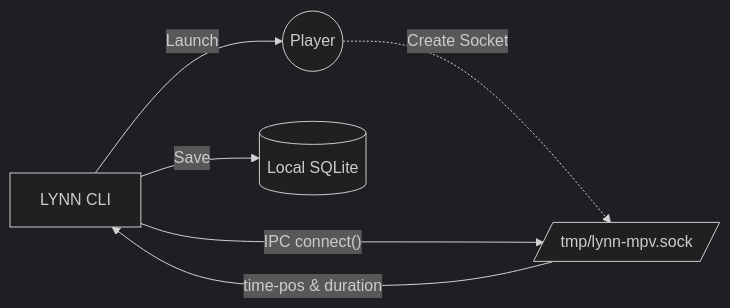
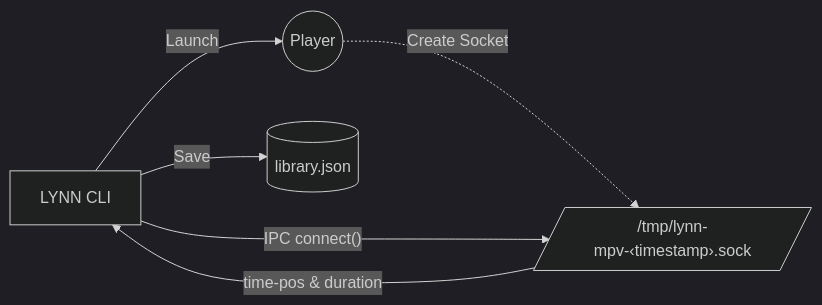
The fifth of 9 diagrams in README.md (LynnT-2003/lynn-cli), drawn with Mermaid (dark theme) before and after one commit. The commit also changed other lines of this file, not shown here.

First line of the commit message:
docs: document cast-to-phone architecture

````diff
--- a/README.md
+++ b/README.md
@@ -374,8 +377,8 @@
 ```mermaid
 flowchart LR
     A[LYNN CLI] -- "Launch" --> B((Player))
-    B -. "Create Socket" .-> C[/tmp/lynn-mpv.sock/]
+    B -. "Create Socket" .-> C[/"/tmp/lynn-mpv-‹timestamp›.sock"/]
     A -- "IPC connect()" --> C
     C -- "time-pos & duration" --> A
-    A -- "Save" --> D[(Local SQLite)]
+    A -- "Save" --> D[(library.json)]
 ```
````
